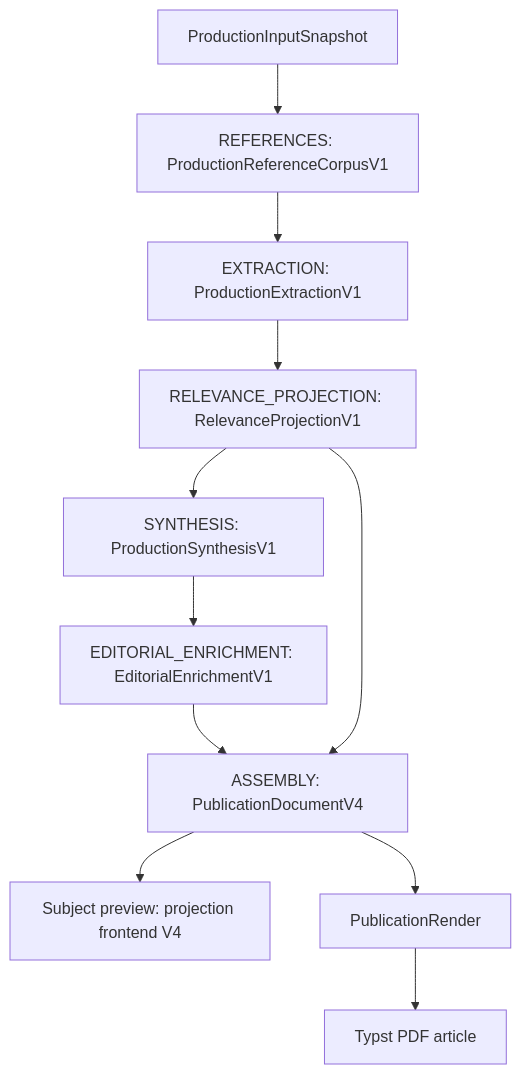
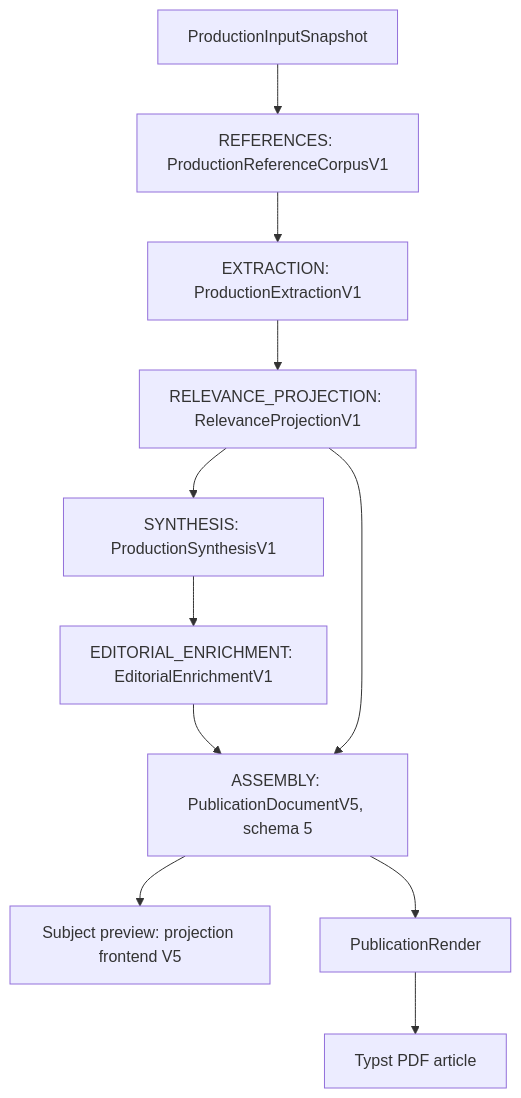
One commit to m413w4r3/AutoWork changed the first of 2 diagrams in docs/production.md. Above: the diagram before and after it, drawn with Mermaid. The commit also changed other lines of this file and 21 other files, not shown here.

````diff
--- a/docs/production.md
+++ b/docs/production.md
@@ -18,12 +18,12 @@
 ```mermaid
 flowchart TD
   snapshot[ProductionInputSnapshot] --> references[REFERENCES: ProductionReferenceCorpusV1]
   references --> extraction[EXTRACTION: ProductionExtractionV1]
   extraction --> relevance[RELEVANCE_PROJECTION: RelevanceProjectionV1]
   relevance --> synthesis[SYNTHESIS: ProductionSynthesisV1]
   synthesis --> enrichment[EDITORIAL_ENRICHMENT: EditorialEnrichmentV1]
-  enrichment --> assembly[ASSEMBLY: PublicationDocumentV4]
+  enrichment --> assembly[ASSEMBLY: PublicationDocumentV5, schema 5]
   relevance --> assembly
-  assembly --> preview[Subject preview: projection frontend V4]
+  assembly --> preview[Subject preview: projection frontend V5]
   assembly --> render[PublicationRender] --> pdf[Typst PDF article]
 ```
````
